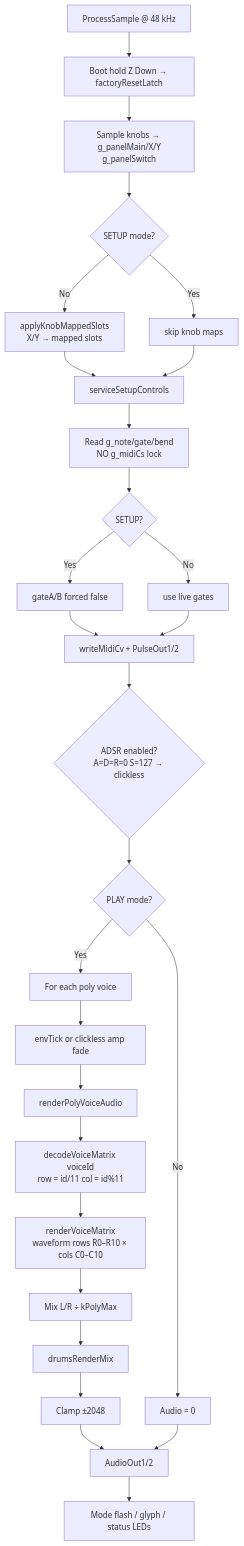
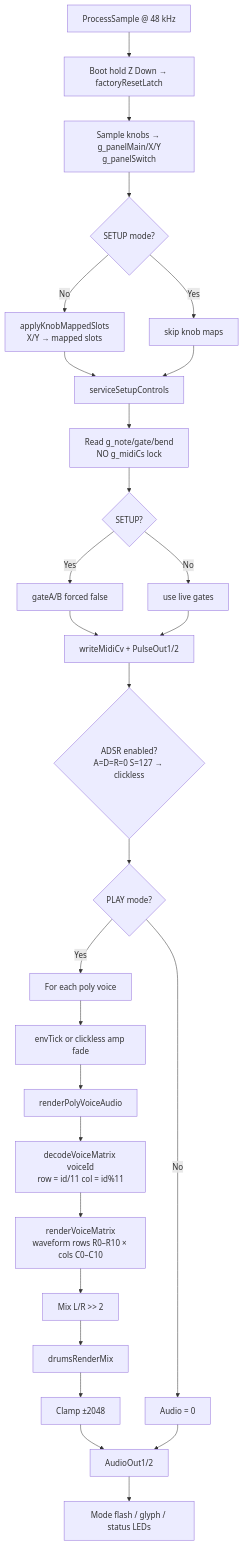
Before and after one commit to TomWhitwell/Workshop_Computer: the fifth of 10 diagrams in releases/92_usb_midi_host_synth/docs/developer/CONTROL_FLOW.md, drawn with Mermaid. The commit also changed 8 other files, not shown here.

````diff
--- a/releases/92_usb_midi_host_synth/docs/developer/CONTROL_FLOW.md
+++ b/releases/92_usb_midi_host_synth/docs/developer/CONTROL_FLOW.md
@@ -209,35 +209,35 @@
 ```mermaid
 flowchart TD
     START[ProcessSample @ 48 kHz] --> BOOT[Boot hold Z Down → factoryResetLatch]
     BOOT --> PANEL[Sample knobs → g_panelMain/X/Y<br/>g_panelSwitch]
     PANEL --> KM{SETUP mode?}
     KM -->|No| KMAP[applyKnobMappedSlots<br/>X/Y → mapped slots]
     KM -->|Yes| SKIP_K[skip knob maps]
     KMAP --> SC[serviceSetupControls]
     SKIP_K --> SC
 
     SC --> READ[Read g_note/gate/bend<br/>NO g_midiCs lock]
     READ --> SETUP_GATE{SETUP?}
     SETUP_GATE -->|Yes| MUTE[gateA/B forced false]
     SETUP_GATE -->|No| LIVE[use live gates]
 
     MUTE --> CV[writeMidiCv + PulseOut1/2]
     LIVE --> CV
 
     CV --> ADSR_CHK{ADSR enabled?<br/>A=D=R=0 S=127 → clickless}
     ADSR_CHK --> PLAY{PLAY mode?}
     PLAY -->|No| ZERO[Audio = 0]
     PLAY -->|Yes| MIX[For each poly voice]
 
     MIX --> ENV[envTick or clickless amp fade]
     ENV --> RENDER[renderPolyVoiceAudio]
     RENDER --> DECODE[decodeVoiceMatrix voiceId<br/>row = id/11 col = id%11]
     DECODE --> VM[renderVoiceMatrix<br/>waveform rows R0–R10 × cols C0–C10]
-    VM --> SUM[Mix L/R ÷ kPolyMax]
+    VM --> SUM[Mix L/R >> 2]
     SUM --> DRUMS[drumsRenderMix]
     DRUMS --> CLIP[Clamp ±2048]
     CLIP --> OUT[AudioOut1/2]
 
     ZERO --> OUT
     OUT --> LEDS[Mode flash / glyph / status LEDs]
 ```
````
